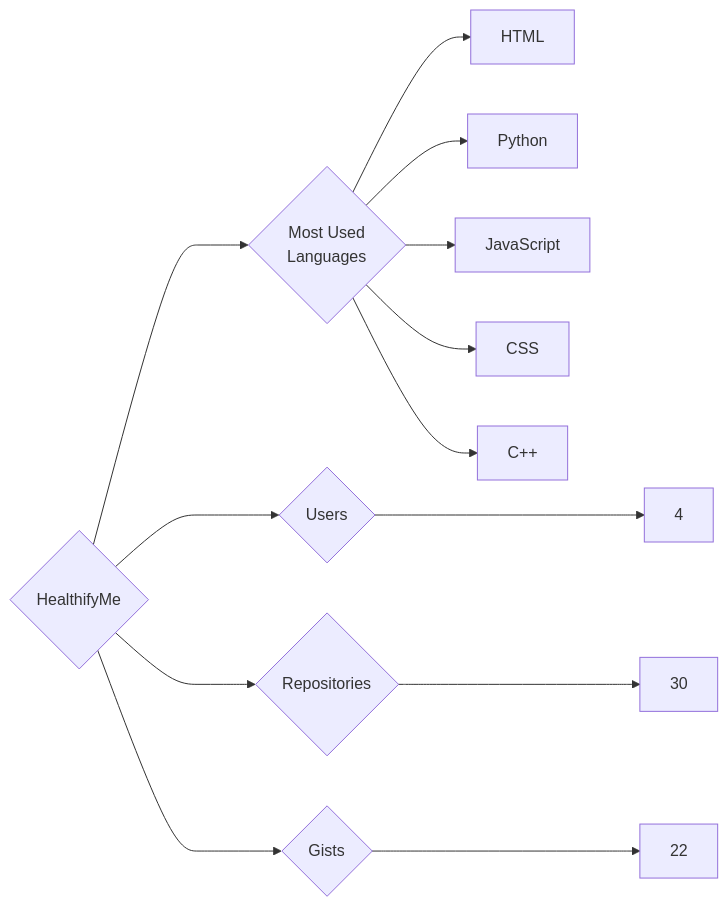
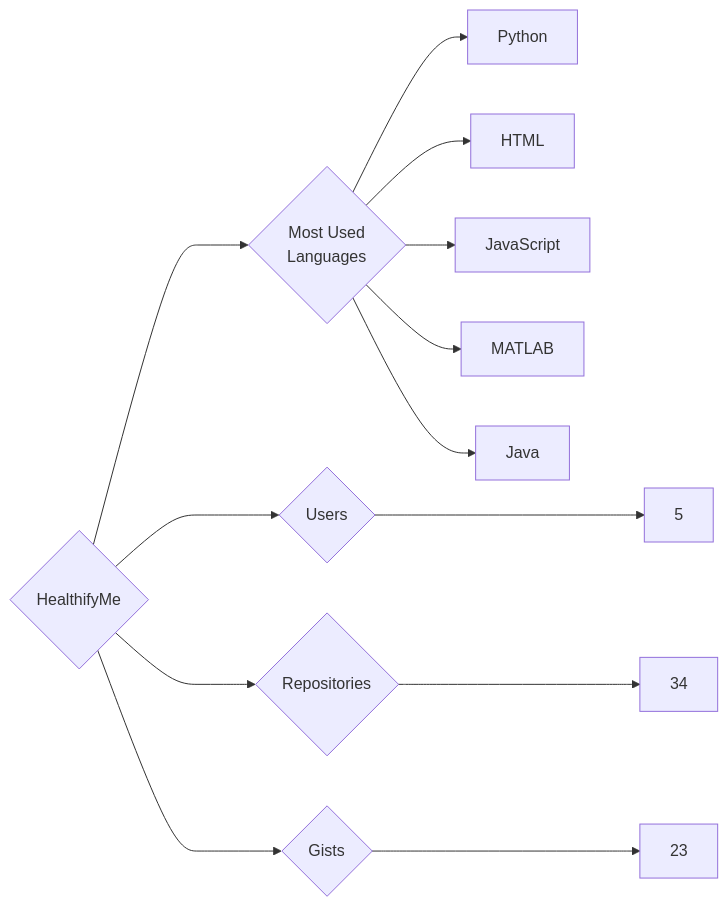
Before and after one commit to trickest/insiders: the diagram in targets/HealthifyMe/README.md, drawn with Mermaid. The commit also changed 1055 other files, not shown here.

````diff
--- a/targets/HealthifyMe/README.md
+++ b/targets/HealthifyMe/README.md
@@ -3,13 +3,13 @@
 ```mermaid
 graph LR
 COMPANY_NAME{HealthifyMe}
-COMPANY_NAME ---> U{Users} ---> UN[4]
-COMPANY_NAME ---> R{Repositories} ---> RN[30]
-COMPANY_NAME ---> G{Gists} ---> GN[22]
+COMPANY_NAME ---> U{Users} ---> UN[5]
+COMPANY_NAME ---> R{Repositories} ---> RN[34]
+COMPANY_NAME ---> G{Gists} ---> GN[23]
 COMPANY_NAME ---> ML{Most Used<br>Languages}
+ML --> Python[Python]
 ML --> HTML[HTML]
-ML --> Python[Python]
 ML --> JavaScript[JavaScript]
-ML --> CSS[CSS]
-ML --> C++[C++]
+ML --> MATLAB[MATLAB]
+ML --> Java[Java]
 ```
````
